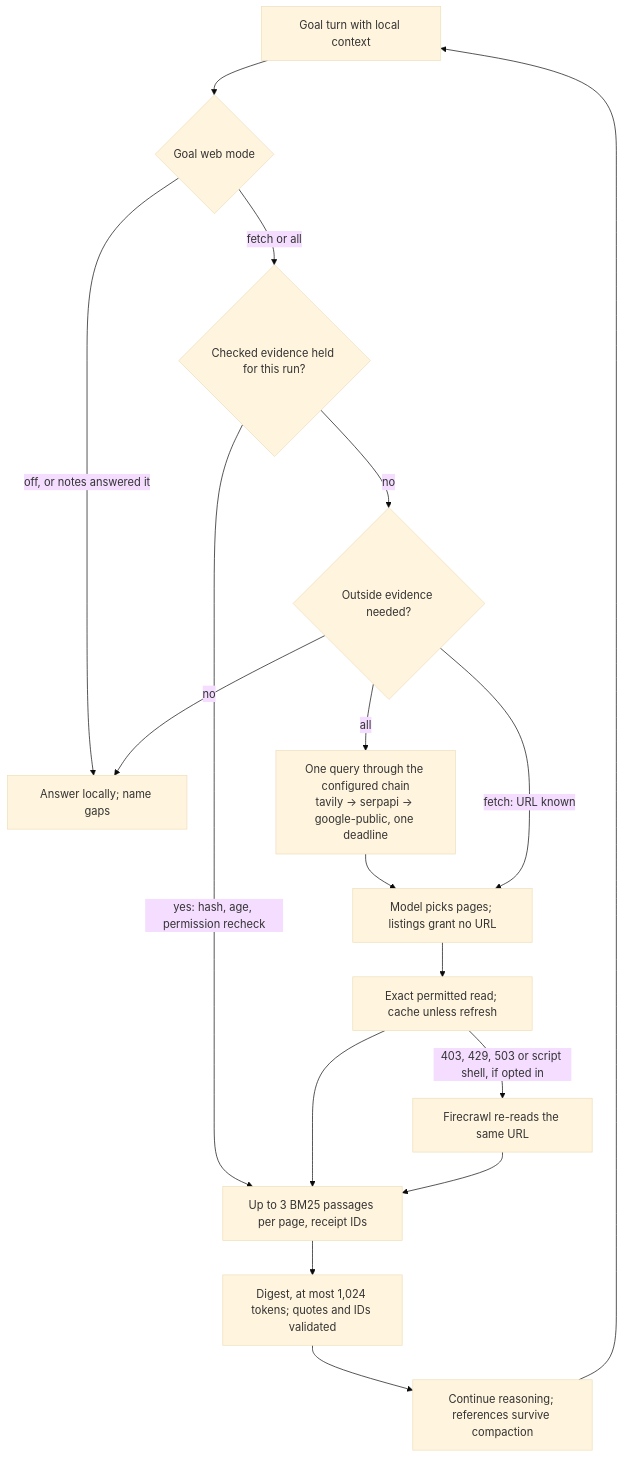
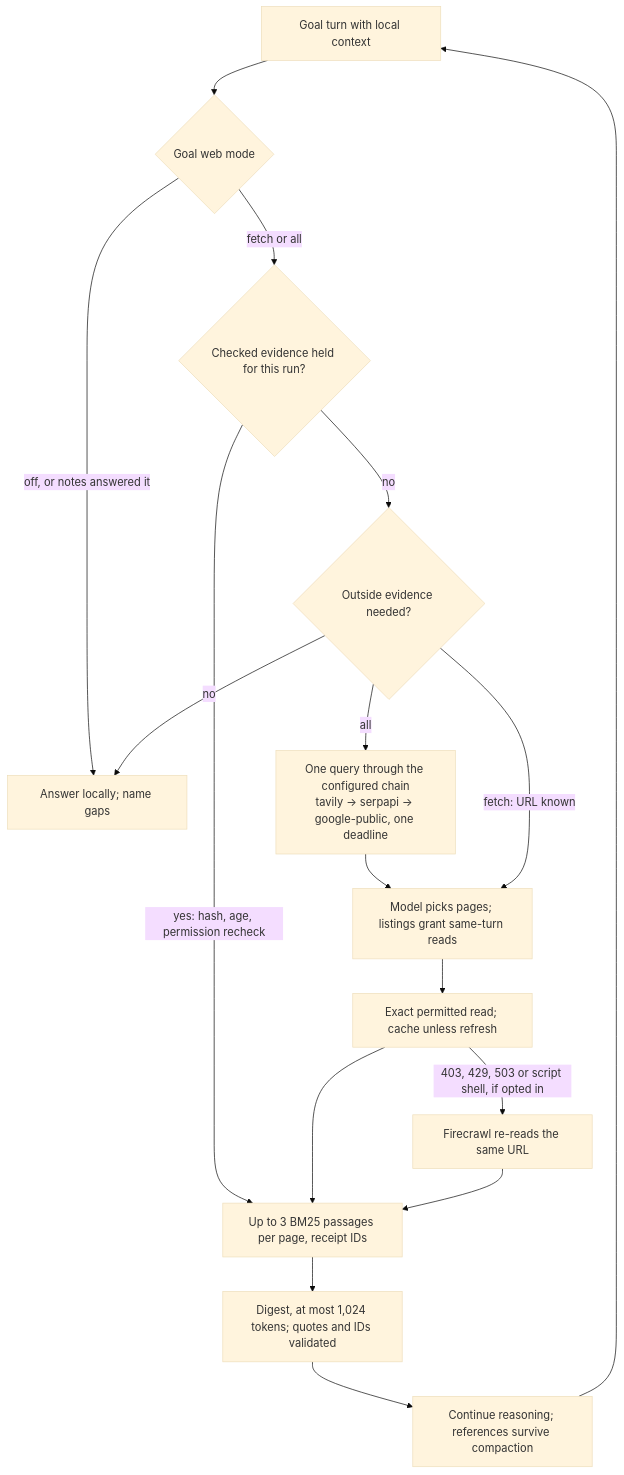
One commit to cgfixit/CG-agent-harness changed the diagram in README.md. Above: the diagram before and after it, drawn with Mermaid (base theme). The commit also changed 14 other files, not shown here.

First line of the commit message:
[feat] - Ship reads of a turn's own search results enabled

````diff
--- a/README.md
+++ b/README.md
@@ -32,19 +32,19 @@
 ```mermaid
 flowchart TD
     A[Goal turn with local context] --> B{Goal web mode}
     B -->|off, or notes answered it| C[Answer locally; name gaps]
     B -->|fetch or all| D{Checked evidence held for this run?}
     D -->|yes: hash, age, permission recheck| H
     D -->|no| E{Outside evidence needed?}
     E -->|no| C
     E -->|all| F[One query through the configured chain<br/>tavily → serpapi → google-public, one deadline]
-    F --> G[Model picks pages; listings grant no URL]
+    F --> G[Model picks pages; listings grant same-turn reads]
     E -->|fetch: URL known| G
     G --> I[Exact permitted read; cache unless refresh]
     I -->|403, 429, 503 or script shell, if opted in| J[Firecrawl re-reads the same URL]
     I --> H[Up to 3 BM25 passages per page, receipt IDs]
     J --> H
     H --> K[Digest, at most 1,024 tokens; quotes and IDs validated]
     K --> L[Continue reasoning; references survive compaction]
     L --> A
 ```
````
